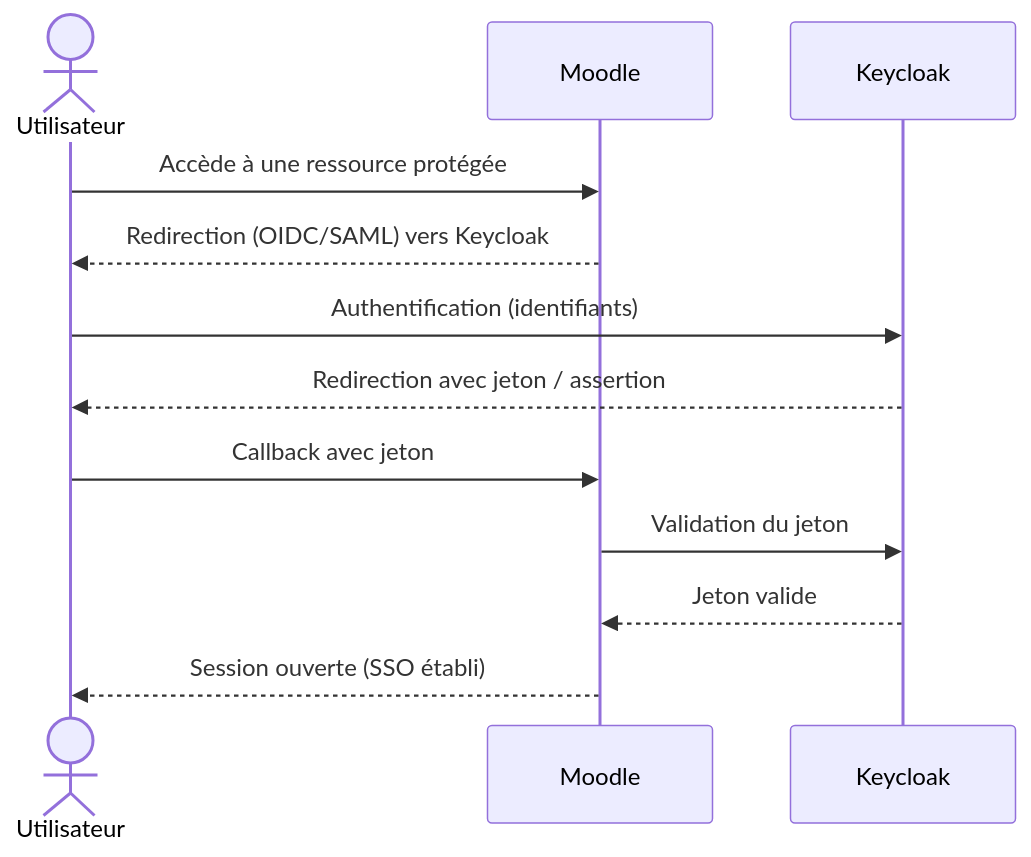
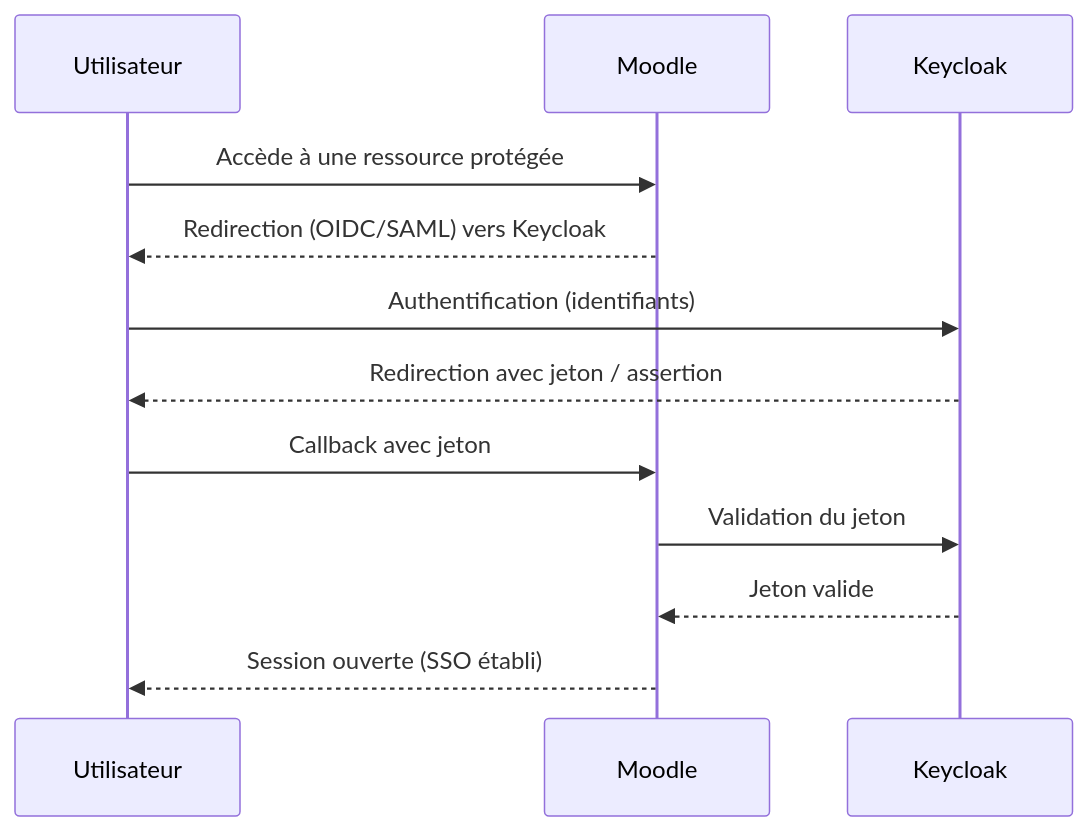
Before and after one commit to 20GHhub19/CR465-travail-de-session: the third of 3 diagrams in gitbook/05-exigences-techniques.md, drawn with Mermaid. The commit also changed other lines of this file and 3 other files, not shown here.

First line of the commit message:
docs: fix mermaid syntax compatibility, sync xlsx grille with consolidated md

````diff
--- a/gitbook/05-exigences-techniques.md
+++ b/gitbook/05-exigences-techniques.md
@@ -150,15 +151,15 @@
 ```mermaid
 sequenceDiagram
-    actor U as Utilisateur
+    participant U as Utilisateur
     participant M as Moodle
     participant K as Keycloak
 
     U->>M: Accède à une ressource protégée
     M-->>U: Redirection (OIDC/SAML) vers Keycloak
     U->>K: Authentification (identifiants)
     K-->>U: Redirection avec jeton / assertion
     U->>M: Callback avec jeton
     M->>K: Validation du jeton
     K-->>M: Jeton valide
     M-->>U: Session ouverte (SSO établi)
 ```
````
